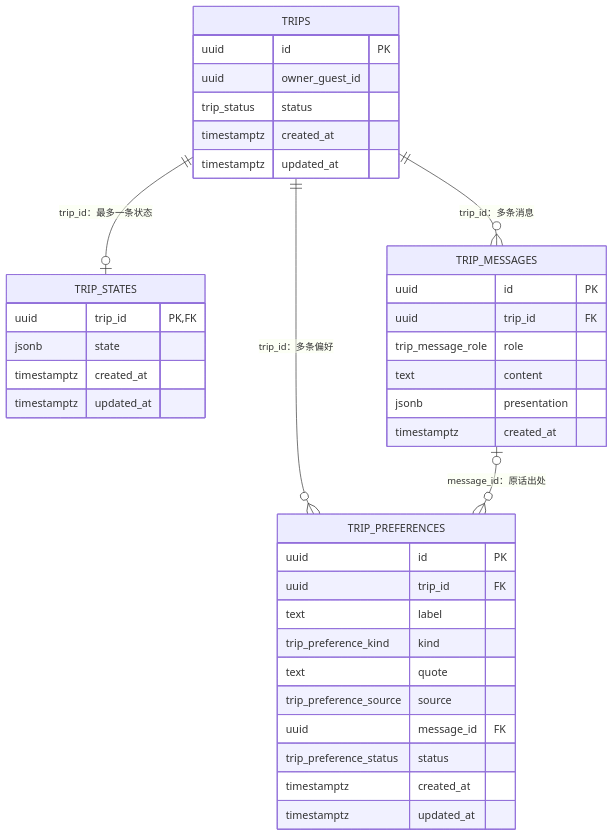
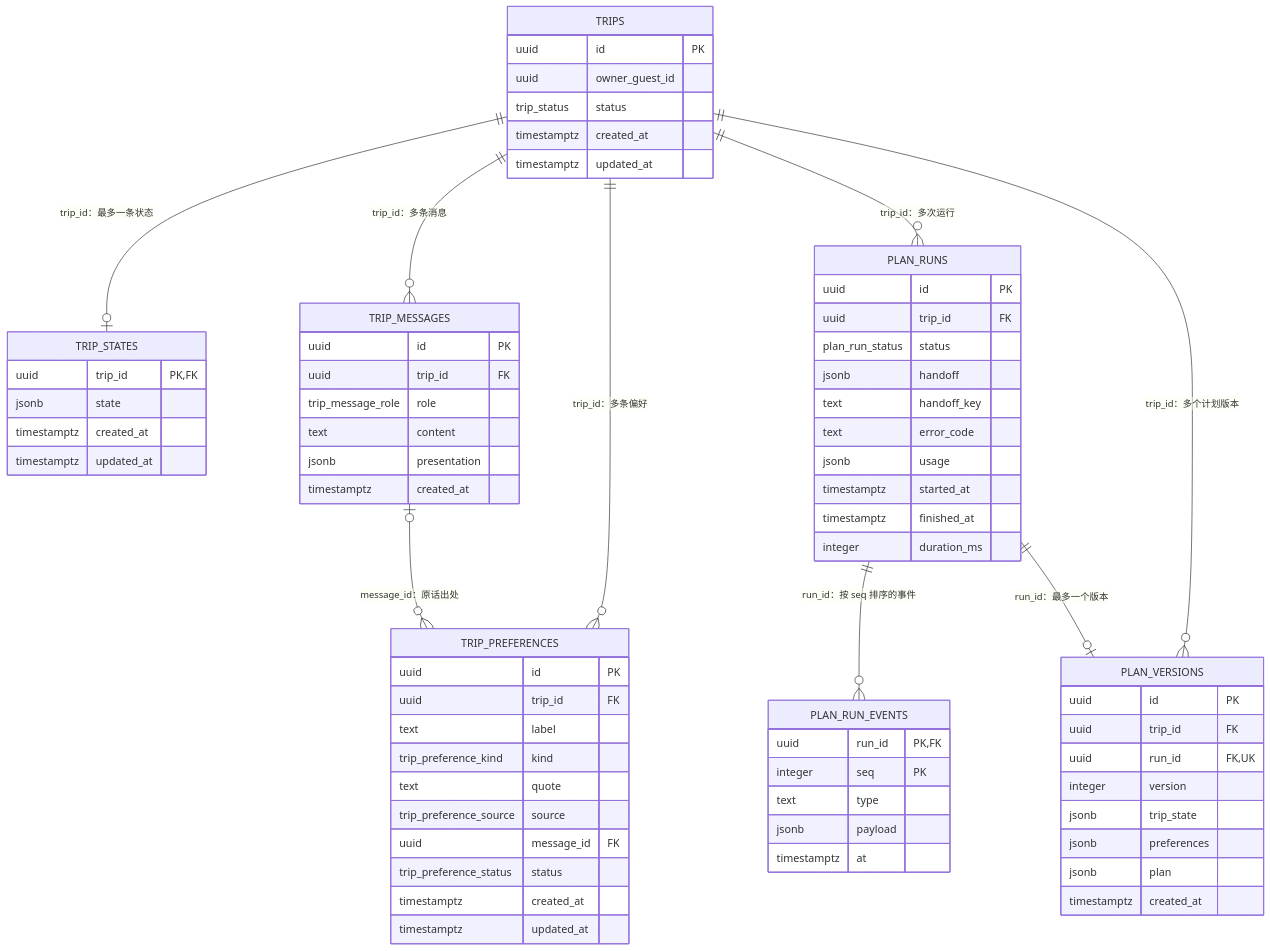
Before and after one commit to meiyulin22/Meri-Road-Trip: the diagram in docs/DATABASE_SCHEMA.md, drawn with Mermaid. The commit also changed other lines of this file and 51 other files, not shown here.

````diff
--- a/docs/DATABASE_SCHEMA.md
+++ b/docs/DATABASE_SCHEMA.md
@@ -28,40 +29,73 @@
 ```mermaid
 erDiagram
   TRIPS ||--o| TRIP_STATES : "trip_id：最多一条状态"
   TRIPS ||--o{ TRIP_MESSAGES : "trip_id：多条消息"
   TRIPS ||--o{ TRIP_PREFERENCES : "trip_id：多条偏好"
   TRIP_MESSAGES |o--o{ TRIP_PREFERENCES : "message_id：原话出处"
+  TRIPS ||--o{ PLAN_RUNS : "trip_id：多次运行"
+  PLAN_RUNS ||--o{ PLAN_RUN_EVENTS : "run_id：按 seq 排序的事件"
+  TRIPS ||--o{ PLAN_VERSIONS : "trip_id：多个计划版本"
+  PLAN_RUNS ||--o| PLAN_VERSIONS : "run_id：最多一个版本"
   TRIPS {
     uuid id PK
     uuid owner_guest_id
     trip_status status
     timestamptz created_at
     timestamptz updated_at
   }
   TRIP_STATES {
     uuid trip_id PK, FK
     jsonb state
     timestamptz created_at
     timestamptz updated_at
   }
   TRIP_MESSAGES {
     uuid id PK
     uuid trip_id FK
     trip_message_role role
     text content
     jsonb presentation
     timestamptz created_at
   }
   TRIP_PREFERENCES {
     uuid id PK
     uuid trip_id FK
     text label
     trip_preference_kind kind
     text quote
     trip_preference_source source
     uuid message_id FK
     trip_preference_status status
     timestamptz created_at
     timestamptz updated_at
   }
+  PLAN_RUNS {
+    uuid id PK
+    uuid trip_id FK
+    plan_run_status status
+    jsonb handoff
+    text handoff_key
+    text error_code
+    jsonb usage
+    timestamptz started_at
+    timestamptz finished_at
+    integer duration_ms
+  }
+  PLAN_RUN_EVENTS {
+    uuid run_id PK, FK
+    integer seq PK
+    text type
+    jsonb payload
+    timestamptz at
+  }
+  PLAN_VERSIONS {
+    uuid id PK
+    uuid trip_id FK
+    uuid run_id FK, UK
+    integer version
+    jsonb trip_state
+    jsonb preferences
+    jsonb plan
+    timestamptz created_at
+  }
 ```
````
